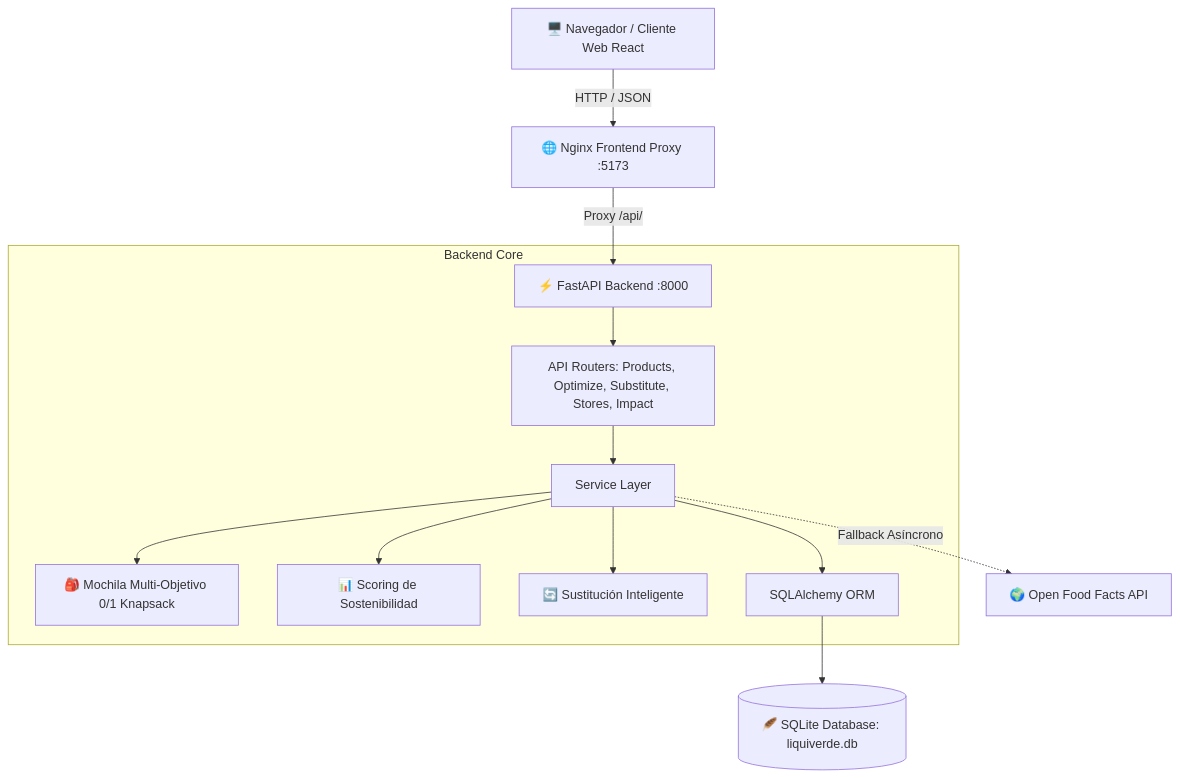
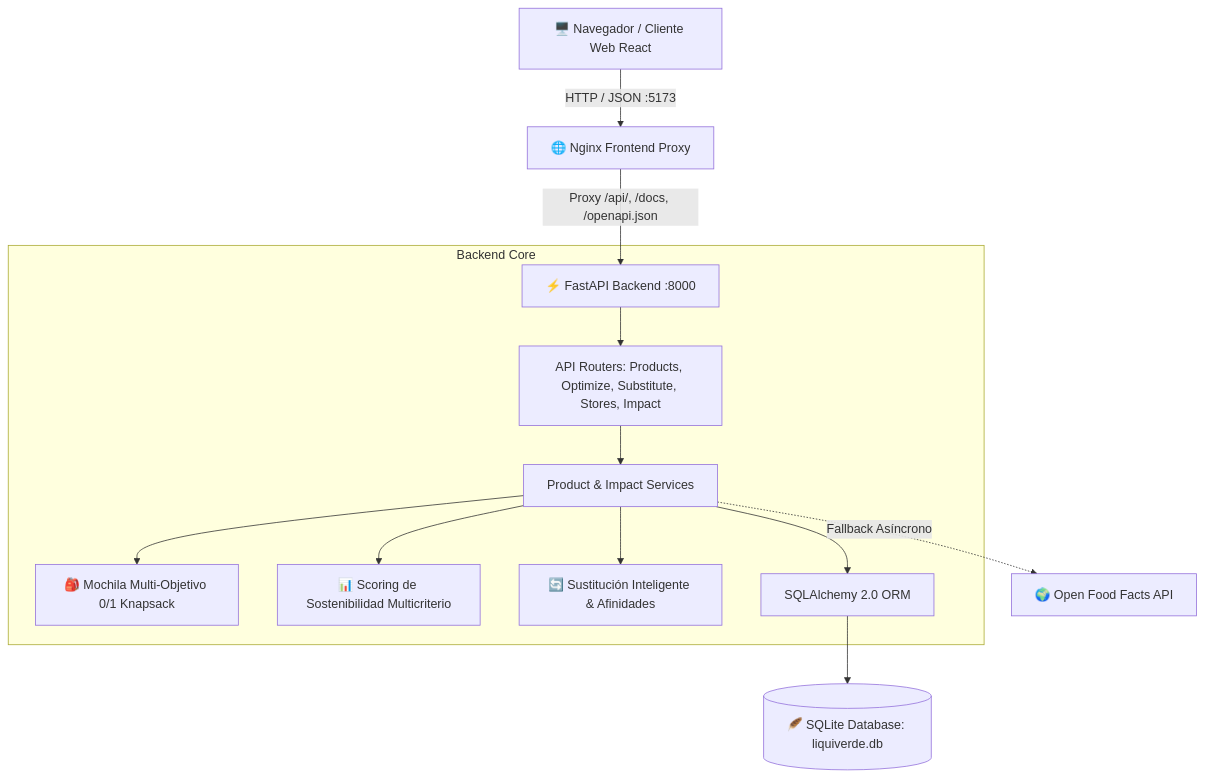
One commit to Kitsuneden02/liquiverde changed the diagram in README.md. Above: the diagram before and after it, drawn with Mermaid. The commit also changed other lines of this file and 57 other files, not shown here.

````diff
--- a/README.md
+++ b/README.md
@@ -51,17 +52,17 @@
 ```mermaid
 graph TD
-    Client[🖥️ Navegador / Cliente Web React] -->|HTTP / JSON| Nginx[🌐 Nginx Frontend Proxy :5173]
-    Nginx -->|Proxy /api/| API[⚡ FastAPI Backend :8000]
+    Client[🖥️ Navegador / Cliente Web React] -->|HTTP / JSON :5173| Nginx[🌐 Nginx Frontend Proxy]
+    Nginx -->|Proxy /api/, /docs, /openapi.json| API[⚡ FastAPI Backend :8000]
     
     subgraph Backend Core
         API --> Router[API Routers: Products, Optimize, Substitute, Stores, Impact]
-        Router --> Service[Service Layer]
+        Router --> Service[Product & Impact Services]
         Service --> Algo1[🎒 Mochila Multi-Objetivo 0/1 Knapsack]
-        Service --> Algo2[📊 Scoring de Sostenibilidad]
-        Service --> Algo3[🔄 Sustitución Inteligente]
-        Service --> ORM[SQLAlchemy ORM]
+        Service --> Algo2[📊 Scoring de Sostenibilidad Multicriterio]
+        Service --> Algo3[🔄 Sustitución Inteligente & Afinidades]
+        Service --> ORM[SQLAlchemy 2.0 ORM]
     end
 
     ORM --> DB[(🪶 SQLite Database: liquiverde.db)]
     Service -.->|Fallback Asíncrono| OFF[🌍 Open Food Facts API]
 ```
````
